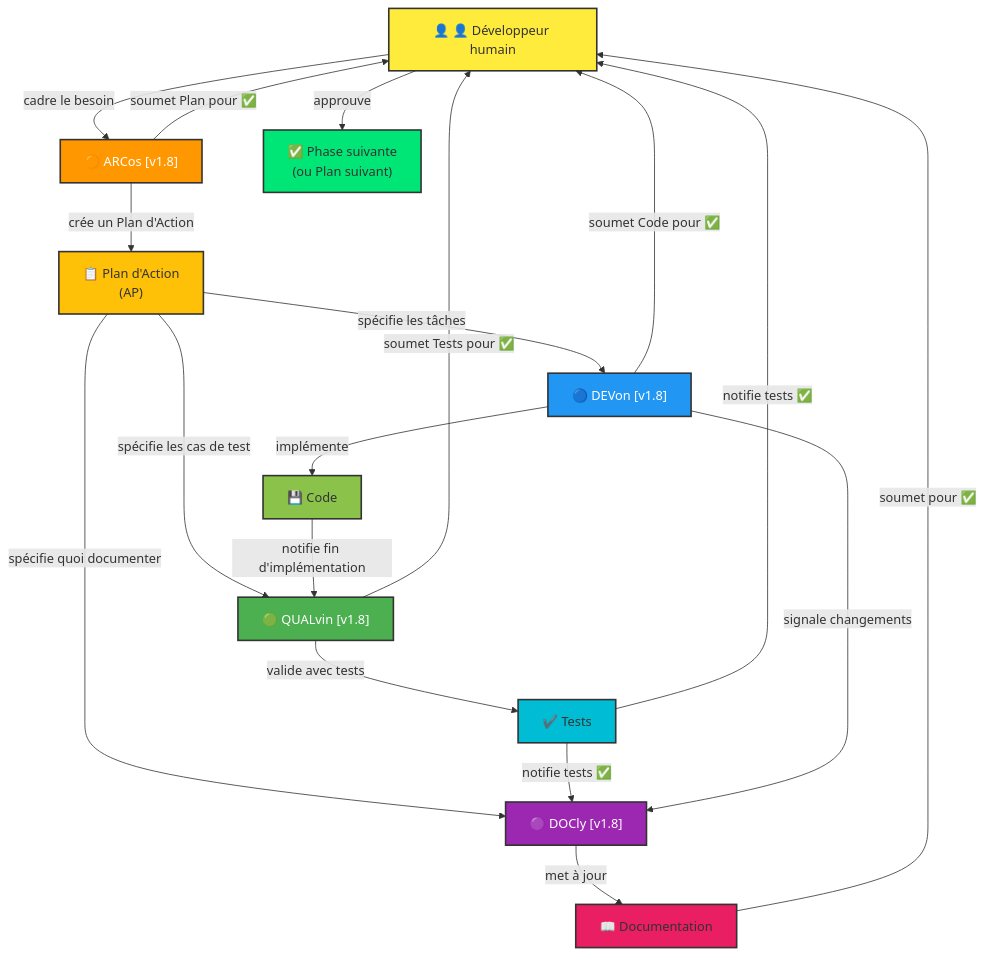
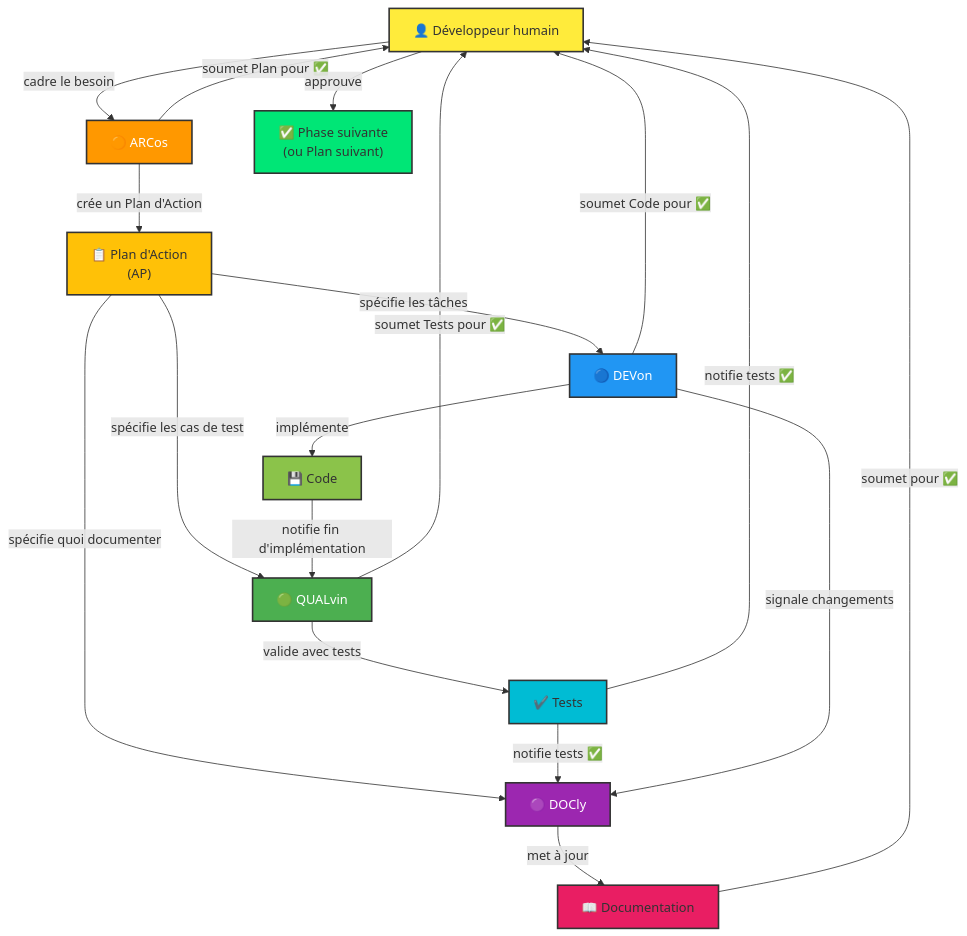
The diagram in .github/copilot-instructions.md (vzwingma/vzwingma), drawn with Mermaid before and after one commit. The commit also changed 1 other file, not shown here.

Commit message:
sup version

````diff
--- a/.github/copilot-instructions.md
+++ b/.github/copilot-instructions.md
@@ -191,41 +191,41 @@
 ```mermaid
 graph TD
-    Human["👤 👤 Développeur humain"]
-    Arch["🟠 ARCos [v1.8]"]
-    Dev["🔵 DEVon [v1.8]"]
-    QA["🟢 QUALvin [v1.8]"]
-    Doc["🟣 DOCly [v1.8]"]
+    Human["👤 Développeur humain"]
+    Arch["🟠 ARCos"]
+    Dev["🔵 DEVon"]
+    QA["🟢 QUALvin"]
+    Doc["🟣 DOCly"]
 
     Human -->|cadre le besoin| Arch
     Arch -->|crée un Plan d'Action| AP["📋 Plan d'Action<br/>(AP)"]
     AP -->|spécifie les tâches| Dev
     AP -->|spécifie les cas de test| QA
     AP -->|spécifie quoi documenter| Doc
     
     Dev -->|implémente| Code["💾 Code"]
     Code -->|notifie fin d'implémentation| QA
     QA -->|valide avec tests| Tests["✔️ Tests"]
     Tests -->|notifie tests ✅| Doc
     Tests -->|notifie tests ✅| Human
     
     Dev -->|signale changements| Doc
     Doc -->|met à jour| Docs["📖 Documentation"]
     Docs -->|soumet pour ✅| Human
     
     Arch -->|soumet Plan pour ✅| Human
     Dev -->|soumet Code pour ✅| Human
     QA -->|soumet Tests pour ✅| Human
     
     Human -->|approuve| NextPhase["✅ Phase suivante<br/>(ou Plan suivant)"]
     
     style Human fill:#ffeb3b,stroke:#333,stroke-width:2px
     style Arch fill:#FF9800,stroke:#333,stroke-width:2px,color:#fff
     style Dev fill:#2196F3,stroke:#333,stroke-width:2px,color:#fff
     style QA fill:#4CAF50,stroke:#333,stroke-width:2px,color:#fff
     style Doc fill:#9C27B0,stroke:#333,stroke-width:2px,color:#fff
     style AP fill:#FFC107,stroke:#333,stroke-width:2px
     style Code fill:#8BC34A,stroke:#333,stroke-width:2px
     style Tests fill:#00BCD4,stroke:#333,stroke-width:2px
     style Docs fill:#E91E63,stroke:#333,stroke-width:2px
     style NextPhase fill:#00E676,stroke:#333,stroke-width:2px
 ```
````
